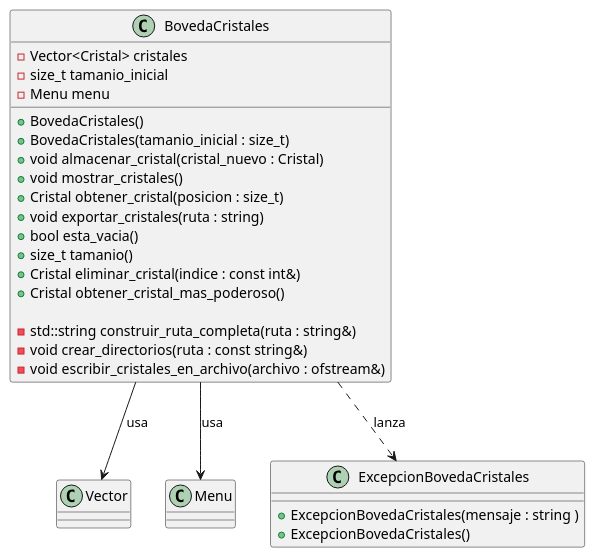
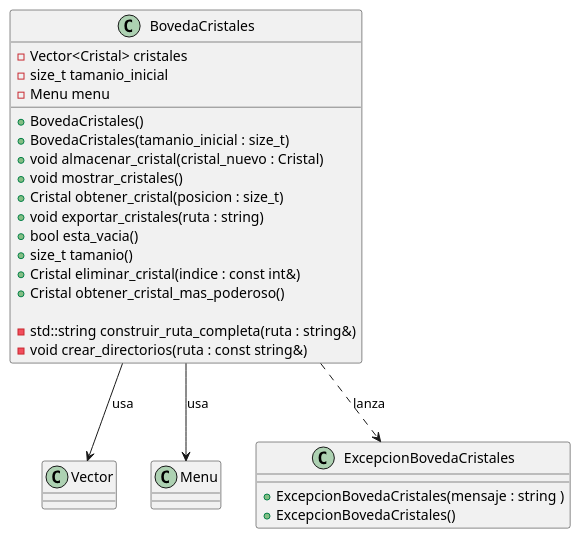
Before and after one commit to guillsil/Transformers-Game: the diagram in Diagramas-UML/BovedaCristales.puml, drawn with PlantUML.

Commit message:
Sacando escribir_cristales_en_archivo
no se usa más

```diff
--- a/Diagramas-UML/BovedaCristales.puml
+++ b/Diagramas-UML/BovedaCristales.puml
@@ -1,36 +1,35 @@
 @startuml
 'https://plantuml.com/class-diagram
 class Vector
 class Menu
 
 class ExcepcionBovedaCristales {
     + ExcepcionBovedaCristales(mensaje : string )
     + ExcepcionBovedaCristales()
 }
 
 class BovedaCristales {
     - Vector<Cristal> cristales
     - size_t tamanio_inicial
     - Menu menu
 
     + BovedaCristales()
     + BovedaCristales(tamanio_inicial : size_t)
     + void almacenar_cristal(cristal_nuevo : Cristal)
     + void mostrar_cristales()
     + Cristal obtener_cristal(posicion : size_t)
     + void exportar_cristales(ruta : string)
     + bool esta_vacia()
     + size_t tamanio()
     + Cristal eliminar_cristal(indice : const int&)
     + Cristal obtener_cristal_mas_poderoso()
 
     - std::string construir_ruta_completa(ruta : string&)
     - void crear_directorios(ruta : const string&)
-    - void escribir_cristales_en_archivo(archivo : ofstream&)
 }
 
 ' Relaciones
 BovedaCristales --> Vector : "usa"
 BovedaCristales --> Menu : "usa"
 BovedaCristales ..> ExcepcionBovedaCristales : "lanza"
 @enduml
```
